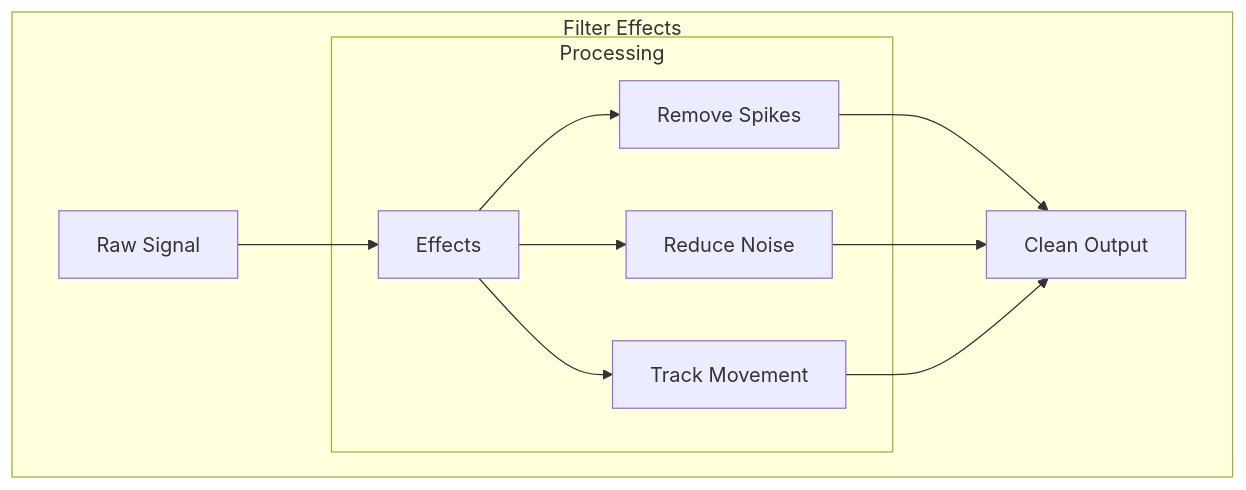
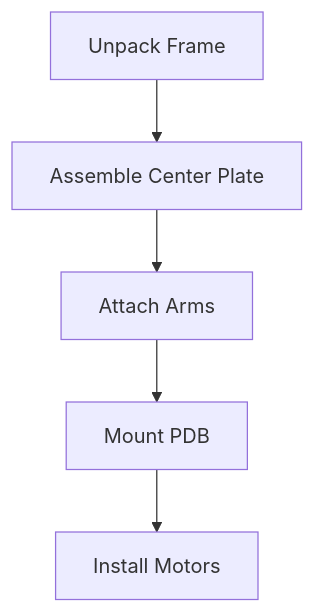
The sixth of 7 diagrams in README.md (khairul-me/QuadcopterFromScratch), drawn with Mermaid before and after one commit. The commit also changed other lines of this file, not shown here.

````diff
--- a/README.md
+++ b/README.md
@@ -192,16 +177,7 @@
 ```mermaid
-graph TB
-    subgraph "Filter Effects"
-        Raw[Raw Signal] --> Effects
-        
-        subgraph "Processing"
-            E1[Remove Spikes]
-            E2[Reduce Noise]
-            E3[Track Movement]
-            
-            Effects --> E1 & E2 & E3
-        end
-        
-        E1 & E2 & E3 --> Result[Clean Output]
-    end
+graph TD
+    A[Unpack Frame] --> B[Assemble Center Plate]
+    B --> C[Attach Arms]
+    C --> D[Mount PDB]
+    D --> E[Install Motors]
 ```
````
